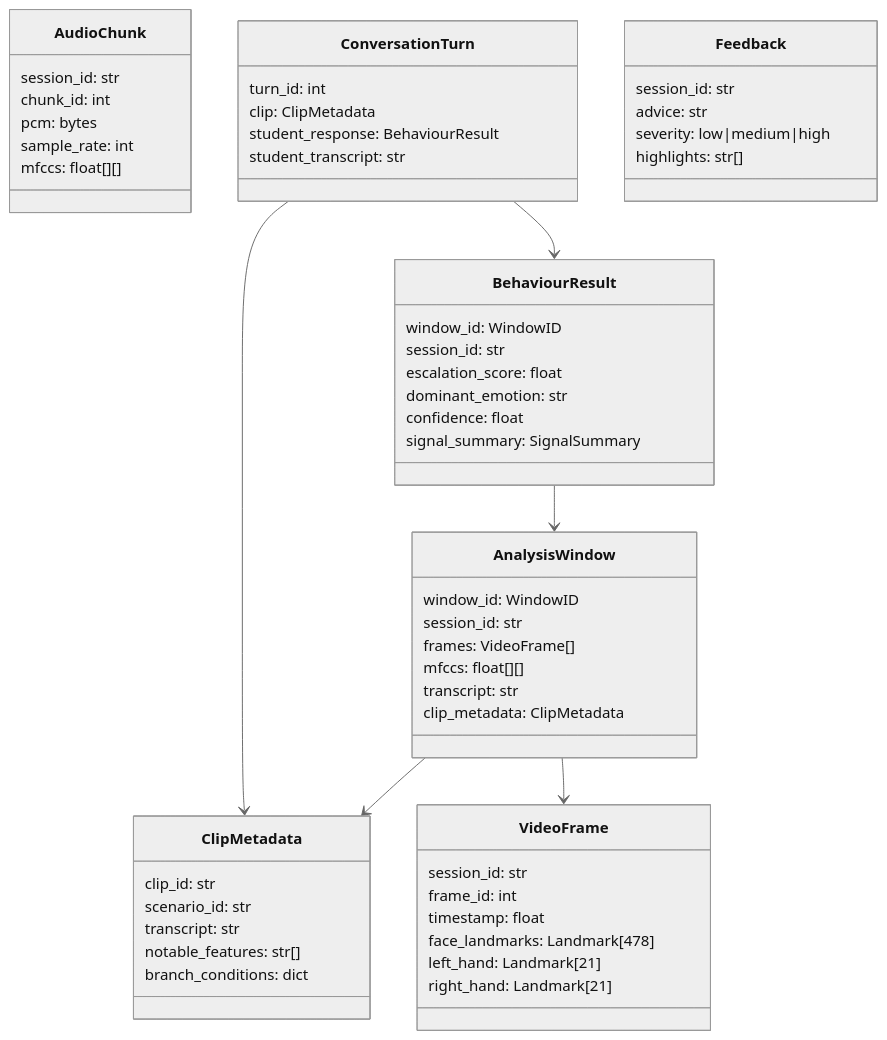
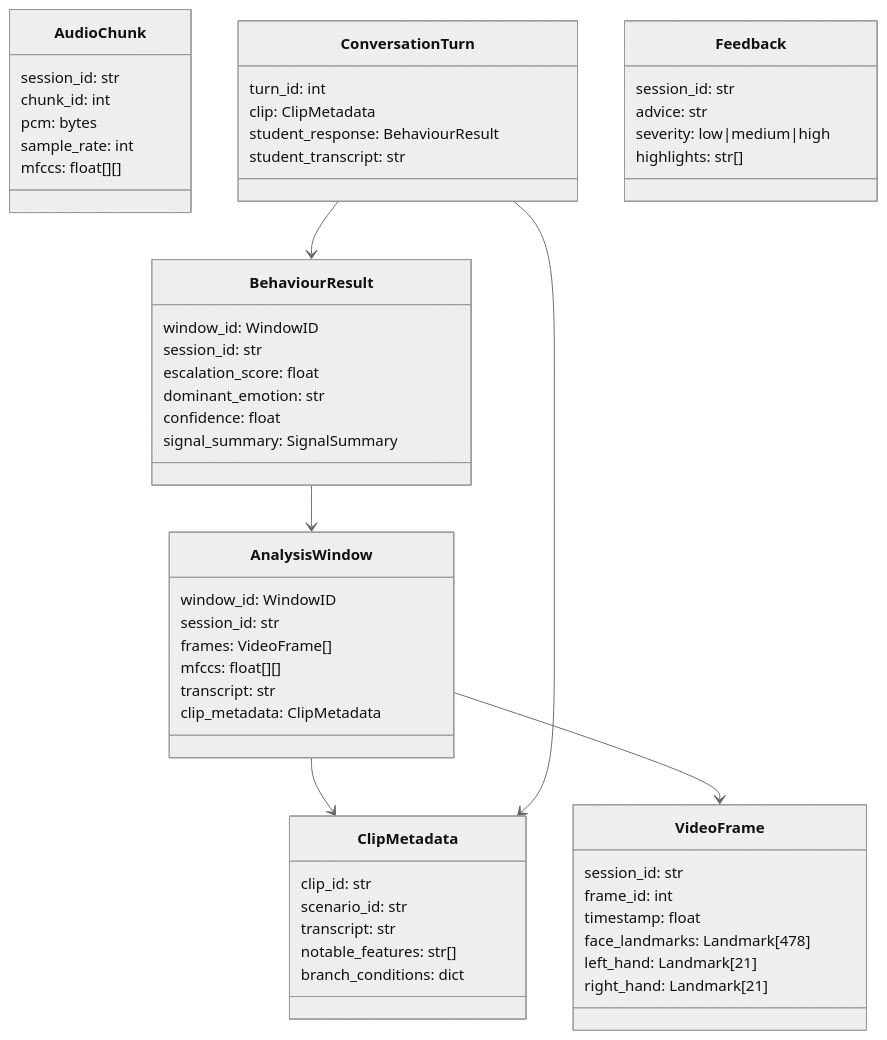
The second of 3 diagrams in docs/architecture.md (Team-Education-Futures-Lab/Agression_Trainer), drawn with Mermaid (neutral theme) before and after one commit. The commit also changed other lines of this file and 27 other files, not shown here.

````diff
--- a/docs/architecture.md
+++ b/docs/architecture.md
@@ -69,65 +69,65 @@
 ```mermaid
 classDiagram
     class VideoFrame {
         session_id: str
         frame_id: int
         timestamp: float
         face_landmarks: Landmark[478]
         left_hand: Landmark[21]
         right_hand: Landmark[21]
     }
 
     class AudioChunk {
         session_id: str
         chunk_id: int
         pcm: bytes
         sample_rate: int
         mfccs: float[][]
     }
 
     class AnalysisWindow {
         window_id: WindowID
         session_id: str
         frames: VideoFrame[]
         mfccs: float[][]
         transcript: str
         clip_metadata: ClipMetadata
     }
 
     class BehaviourResult {
         window_id: WindowID
         session_id: str
         escalation_score: float
         dominant_emotion: str
         confidence: float
         signal_summary: SignalSummary
     }
 
     class ConversationTurn {
         turn_id: int
         clip: ClipMetadata
         student_response: BehaviourResult
         student_transcript: str
     }
 
     class ClipMetadata {
         clip_id: str
         scenario_id: str
         transcript: str
         notable_features: str[]
         branch_conditions: dict
     }
 
     class Feedback {
         session_id: str
         advice: str
         severity: low|medium|high
         highlights: str[]
     }
 
+    AnalysisWindow --> VideoFrame
     AnalysisWindow --> ClipMetadata
-    AnalysisWindow --> VideoFrame
     BehaviourResult --> AnalysisWindow
     ConversationTurn --> ClipMetadata
     ConversationTurn --> BehaviourResult
 ```
````
